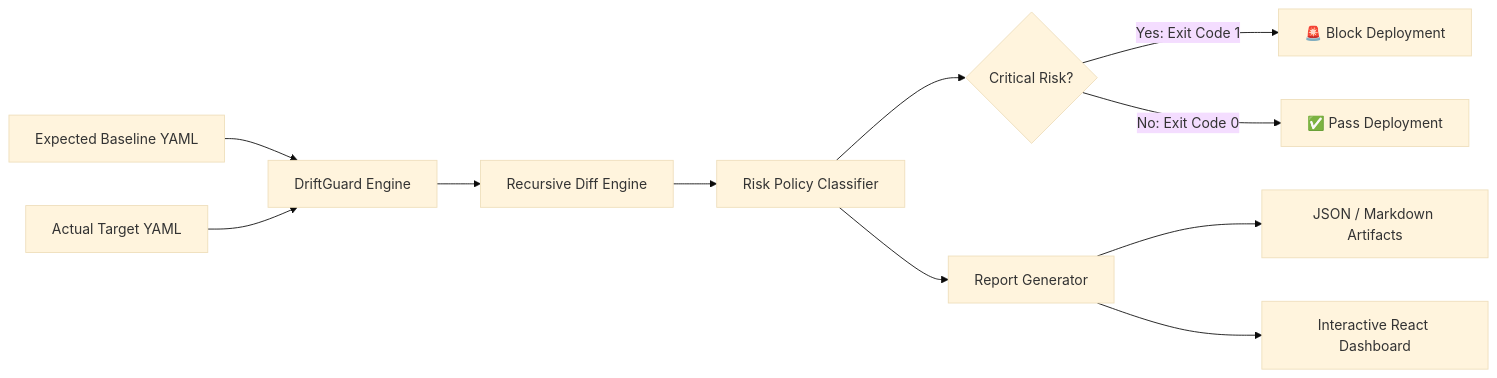
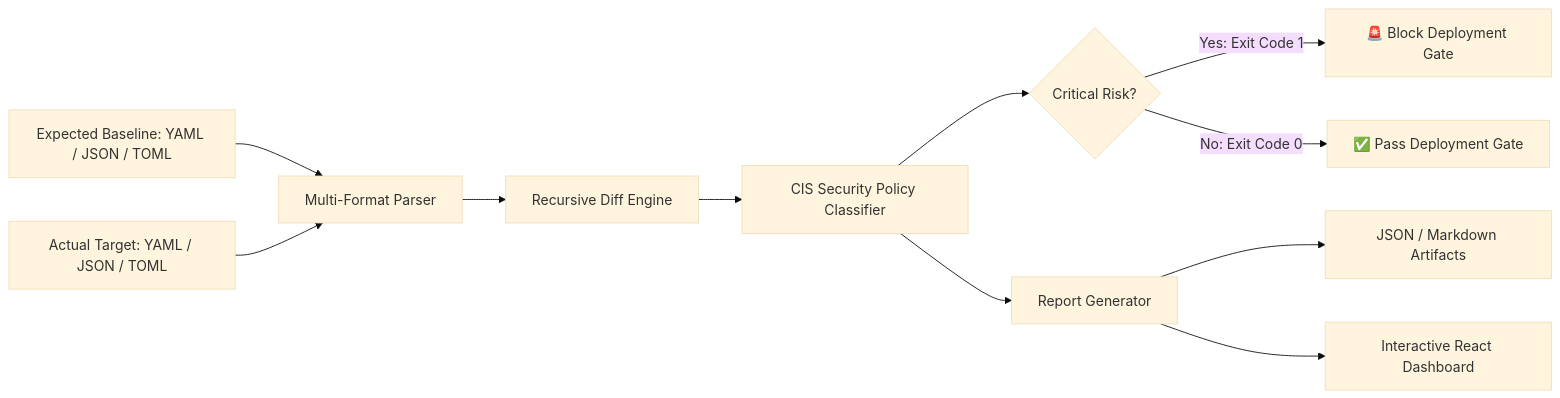
One commit to jaruguladeepak/driftguard changed the first of 2 diagrams in README.md. Above: the diagram before and after it, drawn with Mermaid (base theme). The commit also changed other lines of this file and 15 other files, not shown here.

Commit message:
Add multi-format parser (YAML, JSON, TOML) and CIS Benchmark security policies

````diff
--- a/README.md
+++ b/README.md
@@ -22,13 +22,13 @@
 ```mermaid
 flowchart LR
-    A[Expected Baseline YAML] --> C[DriftGuard Engine]
-    B[Actual Target YAML] --> C
+    A[Expected Baseline: YAML / JSON / TOML] --> C[Multi-Format Parser]
+    B[Actual Target: YAML / JSON / TOML] --> C
     C --> D[Recursive Diff Engine]
-    D --> E[Risk Policy Classifier]
+    D --> E[CIS Security Policy Classifier]
     E --> F{Critical Risk?}
-    F -->|Yes: Exit Code 1| G[🚨 Block Deployment]
-    F -->|No: Exit Code 0| H[✅ Pass Deployment]
+    F -->|Yes: Exit Code 1| G[🚨 Block Deployment Gate]
+    F -->|No: Exit Code 0| H[✅ Pass Deployment Gate]
     E --> I[Report Generator]
     I --> J[JSON / Markdown Artifacts]
     I --> K[Interactive React Dashboard]
 ```
````
